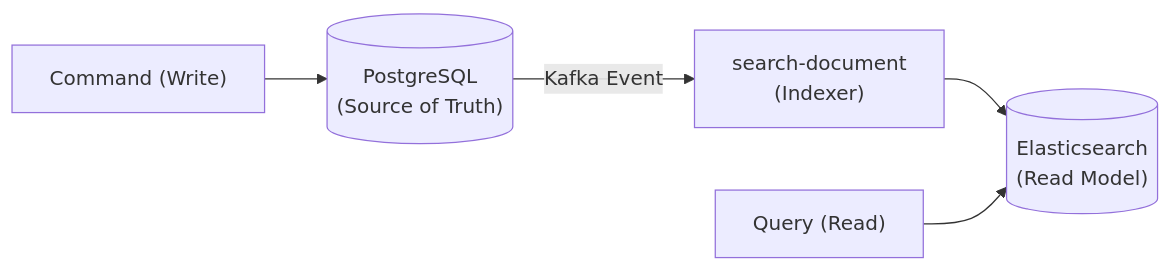
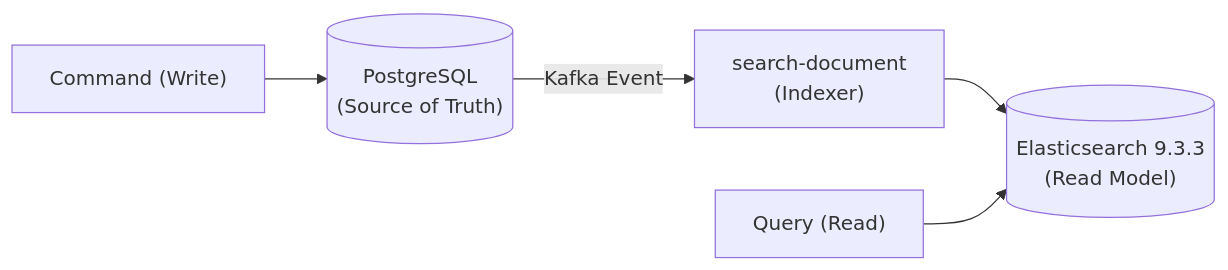
Before and after one commit to sayaya1090/handbook: the second of 2 diagrams in docs/design-patterns.md, drawn with Mermaid. The commit also changed other lines of this file and 23 other files, not shown here.

````diff
--- a/docs/design-patterns.md
+++ b/docs/design-patterns.md
@@ -204,7 +204,7 @@
 ```mermaid
 flowchart LR
     C["Command (Write)"] --> PG[("PostgreSQL<br/>(Source of Truth)")]
     PG -->|Kafka Event| S["search-document<br/>(Indexer)"]
-    S --> ES[("Elasticsearch<br/>(Read Model)")]
+    S --> ES[("Elasticsearch 9.3.3<br/>(Read Model)")]
     Q["Query (Read)"] --> ES
 ```
````
